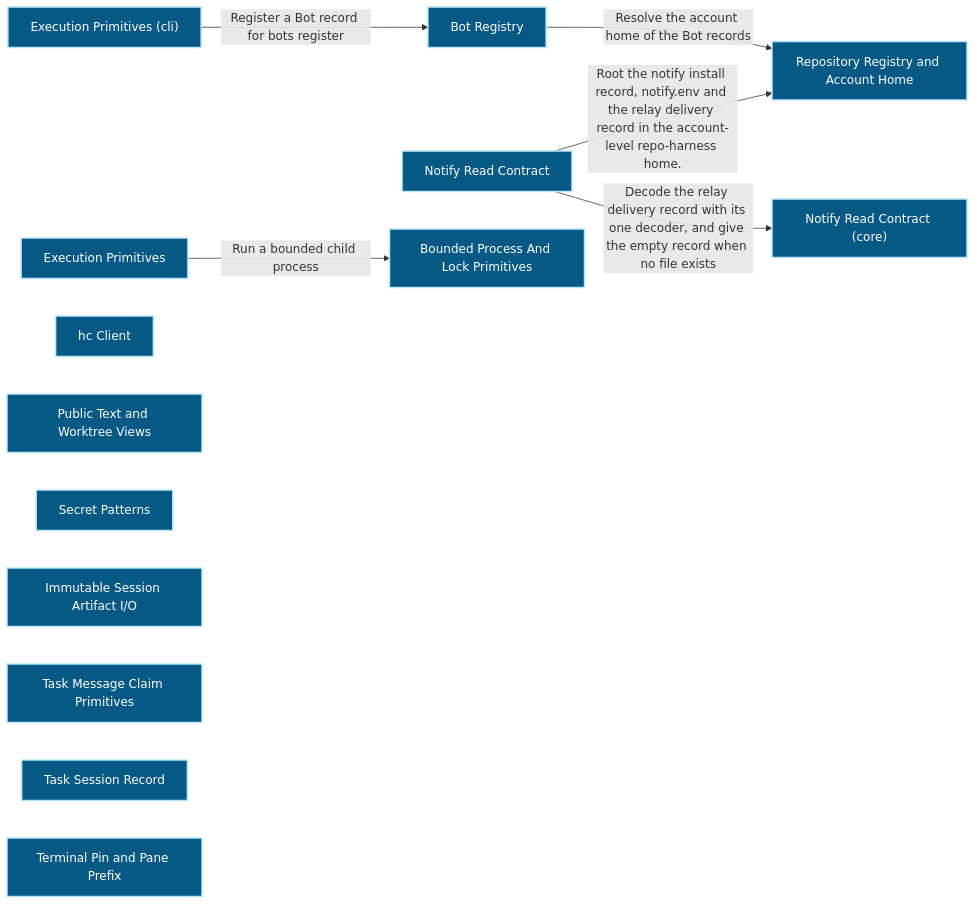
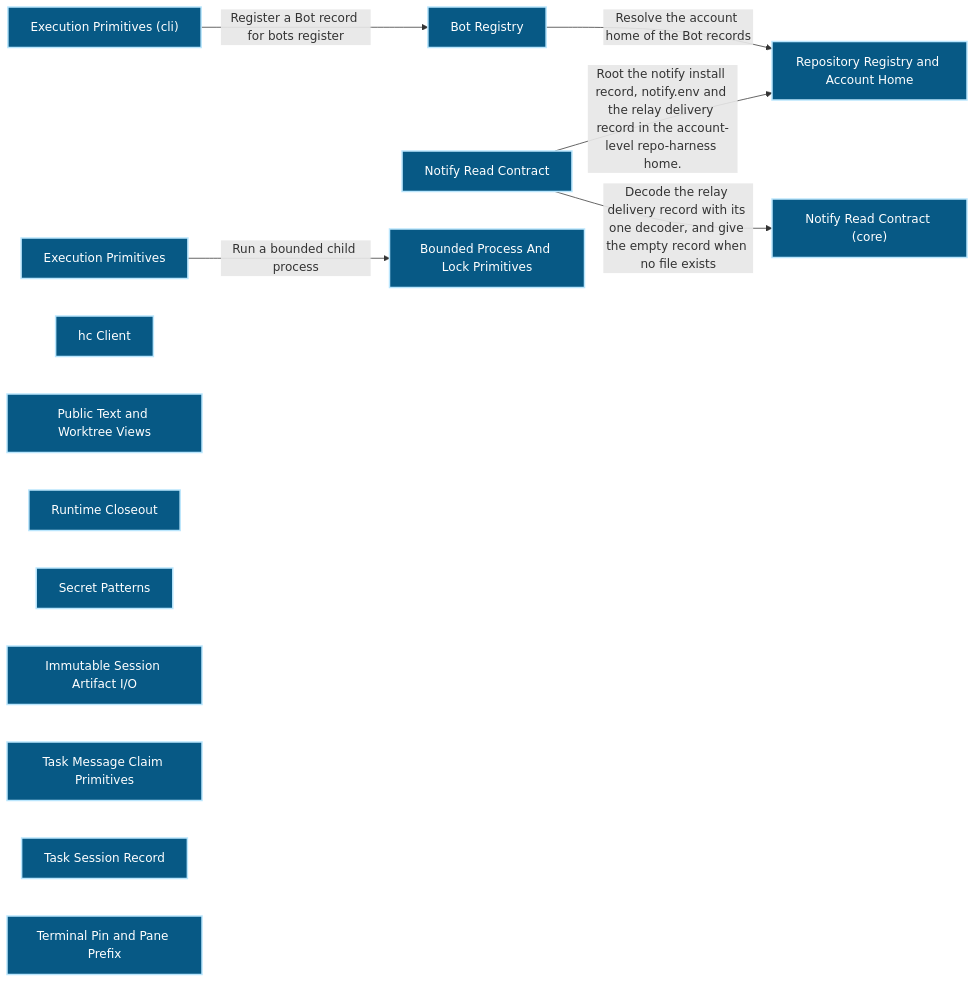
One commit to Ancienttwo/repo-harness changed the first of 2 diagrams in docs/architecture/modules/workflow-engine/execution-primitives.md. Above: the diagram before and after it, drawn with Mermaid. The commit also changed other lines of this file and 7 other files, not shown here.

First line of the commit message:
chore(projection): refresh generated architecture outputs for main@aa71b3b4eb6c

````diff
--- a/docs/architecture/modules/workflow-engine/execution-primitives.md
+++ b/docs/architecture/modules/workflow-engine/execution-primitives.md
@@ -16,26 +16,27 @@
 ```mermaid
 flowchart LR
   p1_capability_workflow_engine_execution_primitives_b3033934["Execution Primitives"]:::component
   p1_component_execution_primitives_bot_registry_5584811f["Bot Registry"]:::component
   p1_component_execution_primitives_cli_layer_61a69b63["Execution Primitives (cli)"]:::component
   p1_component_execution_primitives_hc_client_0c8c8ef8["hc Client"]:::component
   p1_component_execution_primitives_notify_read_829d6cce["Notify Read Contract"]:::component
   p1_component_execution_primitives_notify_read_core_614397cc["Notify Read Contract (core)"]:::component
   p1_component_execution_primitives_primary_800678c8["Bounded Process And Lock Primitives"]:::component
   p1_component_execution_primitives_public_projections_1287b1f9["Public Text and Worktree Views"]:::component
   p1_component_execution_primitives_repository_registry_49e2fbe9["Repository Registry and Account Home"]:::component
+  p1_component_execution_primitives_runtime_closeout_62192509["Runtime Closeout"]:::component
   p1_component_execution_primitives_secret_patterns_075f309a["Secret Patterns"]:::component
   p1_component_execution_primitives_session_artifact_io_f1f01a74["Immutable Session Artifact I/O"]:::component
   p1_component_execution_primitives_task_message_claim_dbe6af55["Task Message Claim Primitives"]:::component
   p1_component_execution_primitives_task_session_record_e7a96008["Task Session Record"]:::component
   p1_component_execution_primitives_terminal_core_39d5e0ae["Terminal Pin and Pane Prefix"]:::component
   p1_component_execution_primitives_bot_registry_5584811f -->|"Resolve the account home of the Bot records"| p1_component_execution_primitives_repository_registry_49e2fbe9
   p1_component_execution_primitives_cli_layer_61a69b63 -->|"Register a Bot record for bots register"| p1_component_execution_primitives_bot_registry_5584811f
   p1_component_execution_primitives_notify_read_829d6cce -->|"Decode the relay delivery record with its one decoder#44; and give the empty record when no file exists"| p1_component_execution_primitives_notify_read_core_614397cc
   p1_component_execution_primitives_notify_read_829d6cce -->|"Root the notify install record#44; notify.env and the relay delivery record in the account-level repo-harness home."| p1_component_execution_primitives_repository_registry_49e2fbe9
   p1_capability_workflow_engine_execution_primitives_b3033934 -->|"Run a bounded child process"| p1_component_execution_primitives_primary_800678c8
   classDef actor fill:#111827,color:#ffffff,stroke:#f9fafb,stroke-width:2px
   classDef component fill:#075985,color:#ffffff,stroke:#bae6fd,stroke-width:2px
   classDef datastore fill:#3f6212,color:#ffffff,stroke:#d9f99d,stroke-width:2px
   classDef external fill:#7c2d12,color:#ffffff,stroke:#fed7aa,stroke-width:2px
 ```
````
